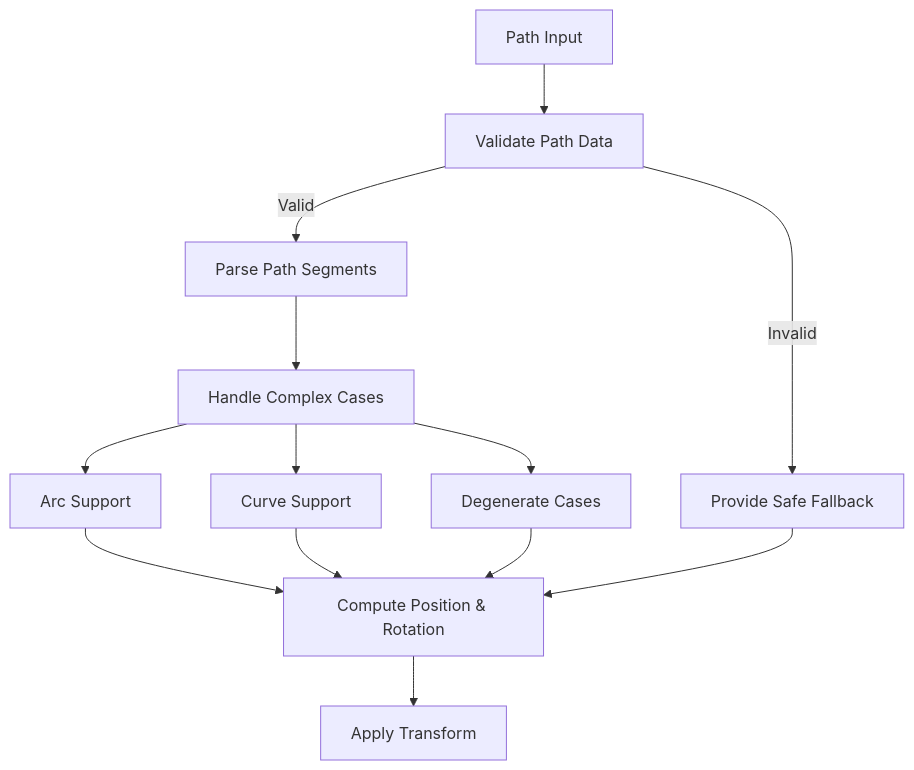
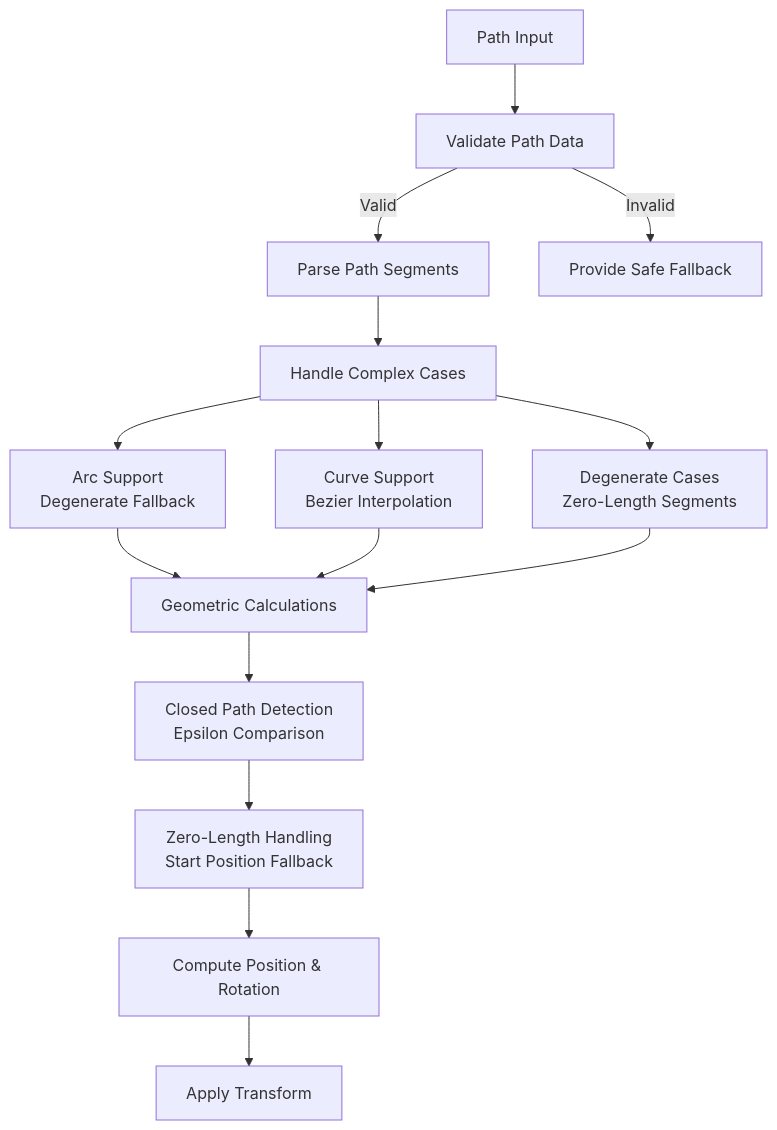
The eighth of 12 diagrams in .qoder/repowiki/en/content/Animated SVG Support/SMIL Animation Specification/SMIL Animation Specification.md (denisnadey/flutter_full_svg_support), drawn with Mermaid before and after one commit. The commit also changed other lines of this file and 18 other files, not shown here.

````diff
--- a/.qoder/repowiki/en/content/Animated SVG Support/SMIL Animation Specification/SMIL Animation Specification.md
+++ b/.qoder/repowiki/en/content/Animated SVG Support/SMIL Animation Specification/SMIL Animation Specification.md
@@ -458,15 +494,17 @@
 ```mermaid
 flowchart TD
 PathInput["Path Input"] --> Validate["Validate Path Data"]
 Validate --> |Valid| Parse["Parse Path Segments"]
 Validate --> |Invalid| Fallback["Provide Safe Fallback"]
 Parse --> Complex["Handle Complex Cases"]
-Complex --> Arc["Arc Support"]
-Complex --> Curve["Curve Support"]
-Complex --> Degenerate["Degenerate Cases"]
-Arc --> Compute["Compute Position & Rotation"]
-Curve --> Compute
-Degenerate --> Compute
-Fallback --> Compute
+Complex --> Arc["Arc Support<br/>Degenerate Fallback"]
+Complex --> Curve["Curve Support<br/>Bezier Interpolation"]
+Complex --> Degenerate["Degenerate Cases<br/>Zero-Length Segments"]
+Arc --> Geometry["Geometric Calculations"]
+Curve --> Geometry
+Degenerate --> Geometry
+Geometry --> ClosedDetection["Closed Path Detection<br/>Epsilon Comparison"]
+ClosedDetection --> ZeroLength["Zero-Length Handling<br/>Start Position Fallback"]
+ZeroLength --> Compute["Compute Position & Rotation"]
 Compute --> Apply["Apply Transform"]
 ```
````
